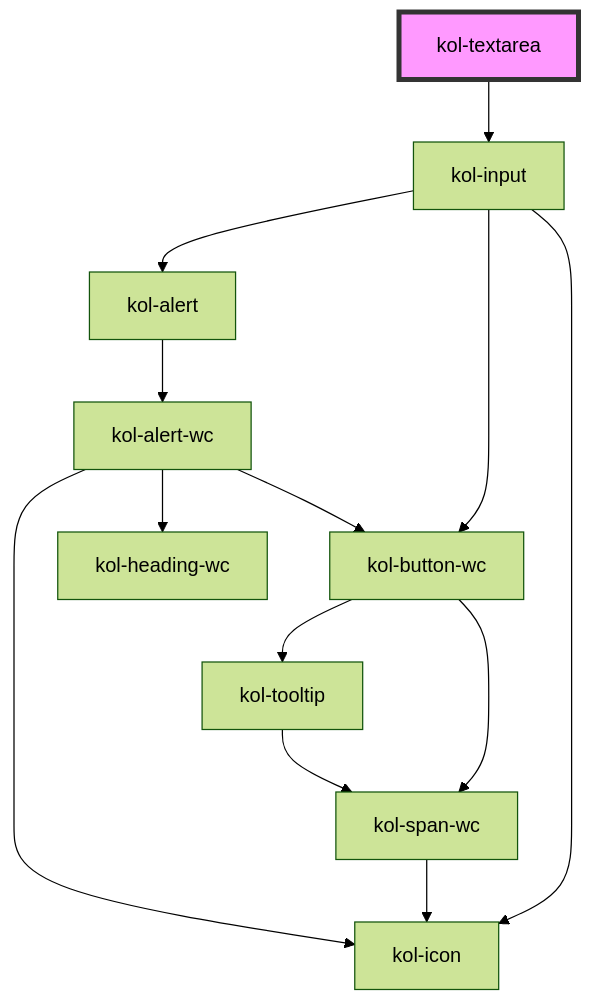
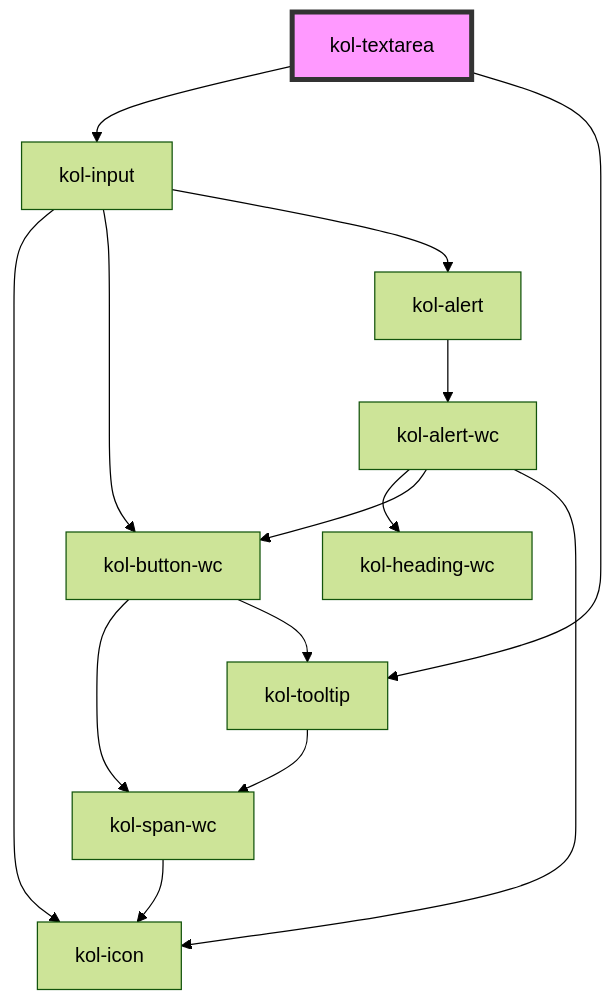
One commit to public-ui/kolibri changed the diagram in packages/components/src/components/textarea/readme.md. Above: the diagram before and after it, drawn with Mermaid (forest theme). The commit also changed other lines of this file and 96 other files, not shown here.

````diff
--- a/packages/components/src/components/textarea/readme.md
+++ b/packages/components/src/components/textarea/readme.md
@@ -93,16 +95,17 @@
 ```mermaid
 graph TD;
   kol-textarea --> kol-input
+  kol-textarea --> kol-tooltip
   kol-input --> kol-icon
   kol-input --> kol-button-wc
   kol-input --> kol-alert
   kol-button-wc --> kol-span-wc
   kol-button-wc --> kol-tooltip
   kol-span-wc --> kol-icon
   kol-tooltip --> kol-span-wc
   kol-alert --> kol-alert-wc
   kol-alert-wc --> kol-heading-wc
   kol-alert-wc --> kol-button-wc
   kol-alert-wc --> kol-icon
   style kol-textarea fill:#f9f,stroke:#333,stroke-width:4px
 ```
````
